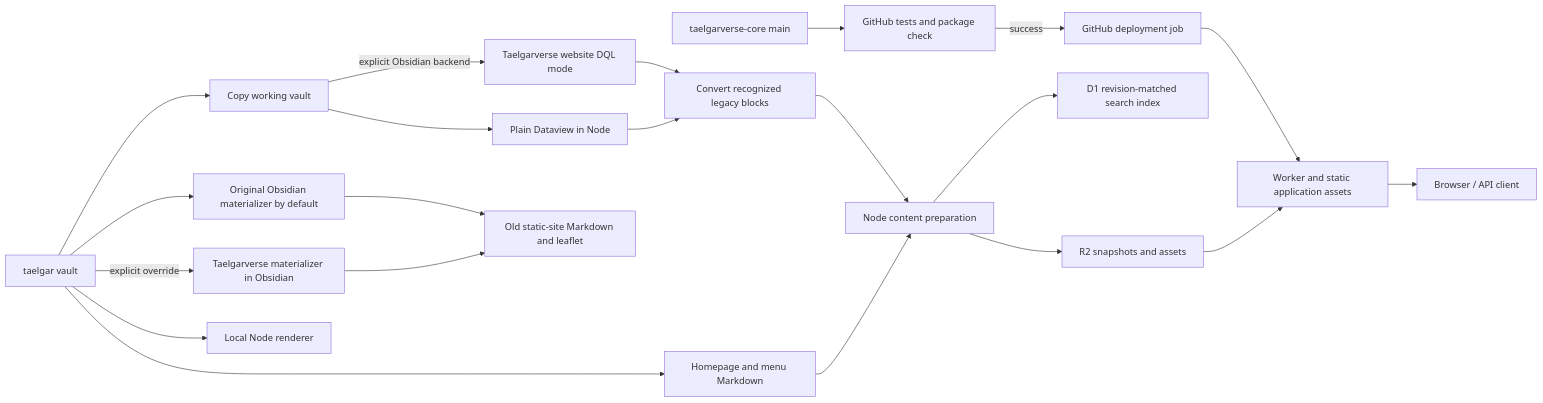
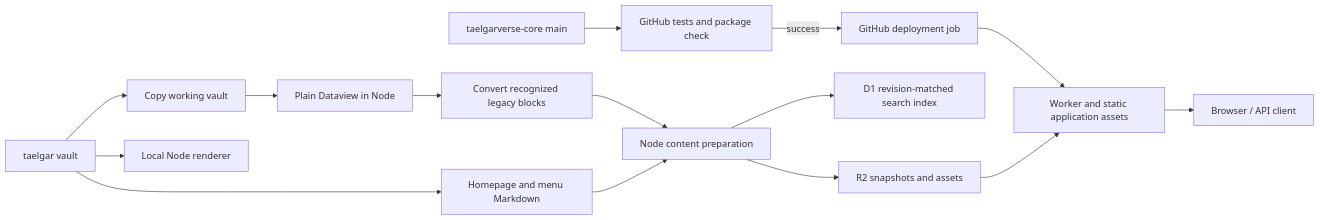
One commit to msackton/taelgarverse-core changed the diagram in docs/architecture.md. Above: the diagram before and after it, drawn with Mermaid. The commit also changed other lines of this file and 29 other files, not shown here.

Commit message:
Retire static export and Obsidian Dataview publishing

````diff
--- a/docs/architecture.md
+++ b/docs/architecture.md
@@ -29,23 +29,17 @@
 ```mermaid
 flowchart LR
     V[taelgar vault] --> F[Copy working vault]
     F --> Q[Plain Dataview in Node]
-    F -->|explicit Obsidian backend| WQ[Taelgarverse website DQL mode]
-    WQ --> X[Convert recognized legacy blocks]
     Q --> X[Convert recognized legacy blocks]
     X --> P[Node content preparation]
-    V --> L[Original Obsidian materializer by default]
-    L --> M[Old static-site Markdown and leaflet]
-    V -->|explicit override| O[Taelgarverse materializer in Obsidian]
-    O --> M[Old static-site Markdown and leaflet]
     V --> S[Homepage and menu Markdown]
     S --> P
     P --> R[R2 snapshots and assets]
     P --> D[D1 revision-matched search index]
     C[taelgarverse-core main] --> T[GitHub tests and package check]
     T -->|success| B[GitHub deployment job]
     B --> W[Worker and static application assets]
     R --> W
     W --> U[Browser / API client]
     V --> N[Local Node renderer]
 ```
````
